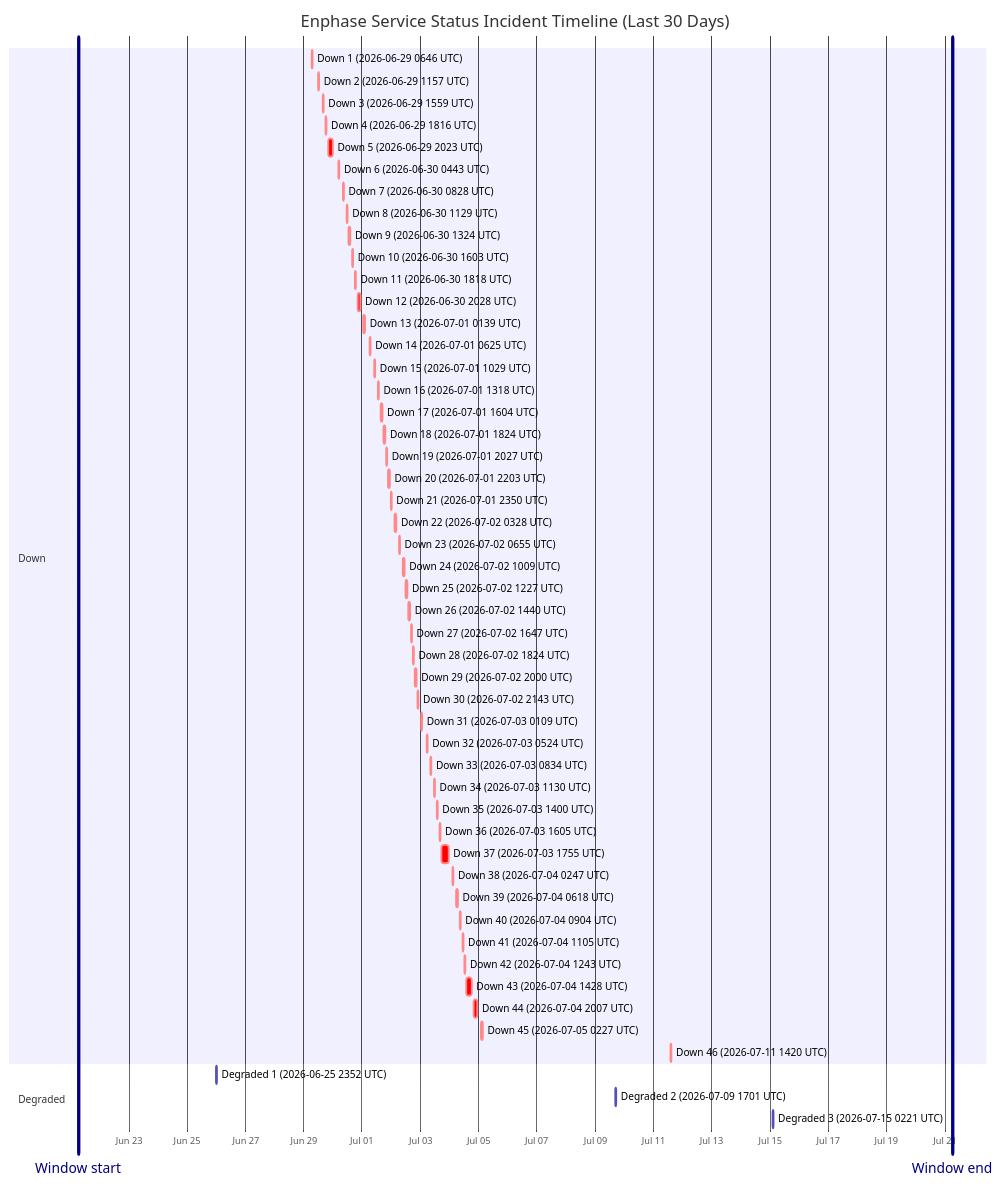
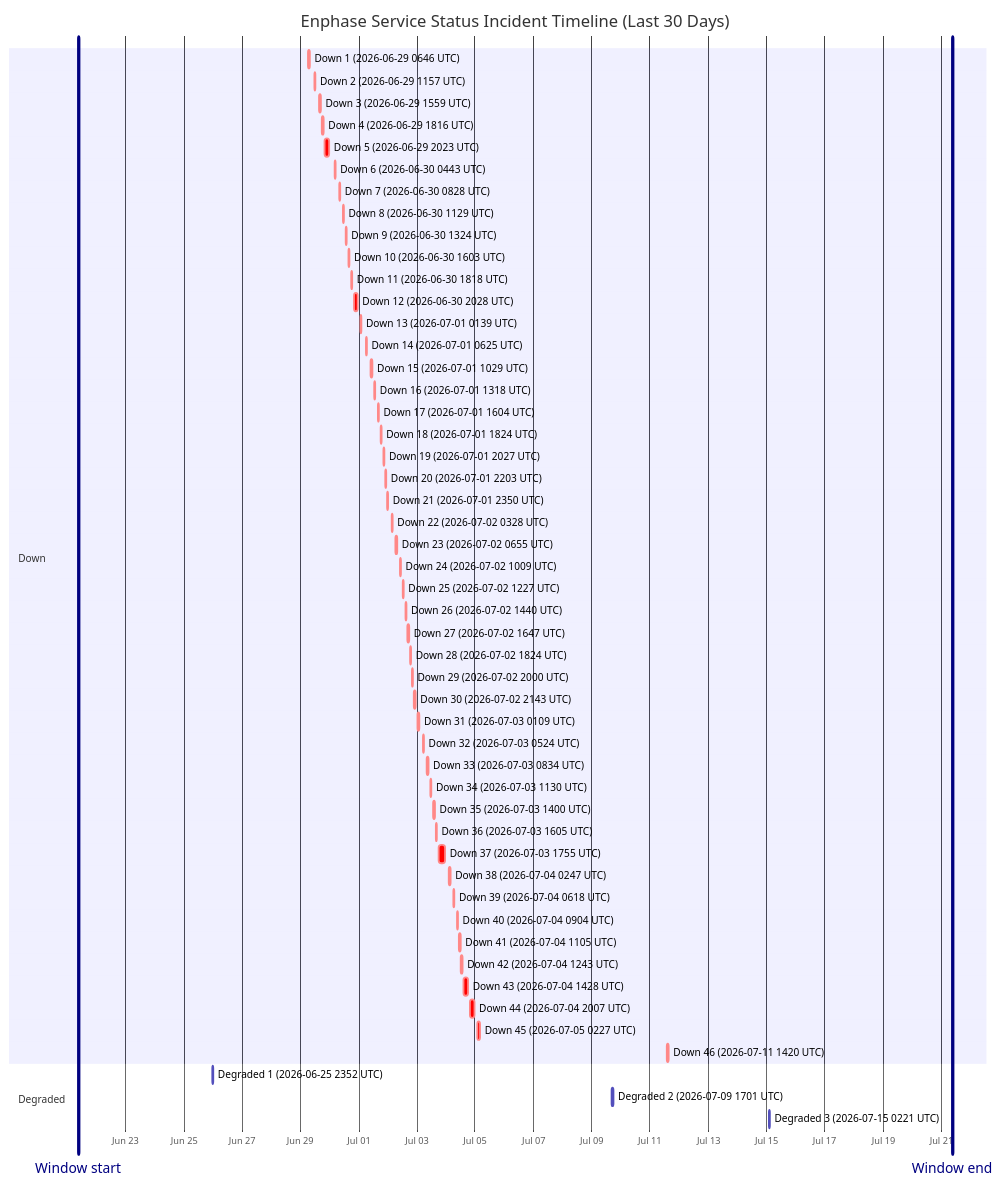
One commit to barneyonline/ha-enphase-energy changed the diagram in wiki/Service-Status-History.md. Above: the diagram before and after it, drawn with Mermaid. The commit also changed other lines of this file and 3 other files, not shown here.

````diff
--- a/wiki/Service-Status-History.md
+++ b/wiki/Service-Status-History.md
@@ -14,59 +14,59 @@
 ```mermaid
 gantt
     title Enphase Service Status Incident Timeline (Last 30 Days)
     dateFormat  YYYY-MM-DDTHH:mm:ss
     axisFormat  %b %d
-    Window start :vert, window-start, 2026-06-21T06:26:30, 0ms
-    Window end :vert, window-end, 2026-07-21T06:26:30, 0ms
+    Window start :vert, window-start, 2026-06-21T09:09:15, 0ms
+    Window end :vert, window-end, 2026-07-21T09:09:15, 0ms
     section Down
     Down 1 (2026-06-29 0646 UTC) :crit, down-1, 2026-06-29T06:46:18, 60m
     Down 2 (2026-06-29 1157 UTC) :crit, down-2, 2026-06-29T11:57:36, 60m
     Down 3 (2026-06-29 1559 UTC) :crit, down-3, 2026-06-29T15:59:02, 60m
     Down 4 (2026-06-29 1816 UTC) :crit, down-4, 2026-06-29T18:16:38, 60m
     Down 5 (2026-06-29 2023 UTC) :crit, down-5, 2026-06-29T20:23:16, 220m
     Down 6 (2026-06-30 0443 UTC) :crit, down-6, 2026-06-30T04:43:54, 60m
     Down 7 (2026-06-30 0828 UTC) :crit, down-7, 2026-06-30T08:28:43, 60m
     Down 8 (2026-06-30 1129 UTC) :crit, down-8, 2026-06-30T11:29:15, 60m
     Down 9 (2026-06-30 1324 UTC) :crit, down-9, 2026-06-30T13:24:25, 60m
     Down 10 (2026-06-30 1603 UTC) :crit, down-10, 2026-06-30T16:03:26, 60m
     Down 11 (2026-06-30 1818 UTC) :crit, down-11, 2026-06-30T18:18:39, 60m
     Down 12 (2026-06-30 2028 UTC) :crit, down-12, 2026-06-30T20:28:54, 171m
     Down 13 (2026-07-01 0139 UTC) :crit, down-13, 2026-07-01T01:39:18, 60m
     Down 14 (2026-07-01 0625 UTC) :crit, down-14, 2026-07-01T06:25:35, 60m
     Down 15 (2026-07-01 1029 UTC) :crit, down-15, 2026-07-01T10:29:24, 60m
     Down 16 (2026-07-01 1318 UTC) :crit, down-16, 2026-07-01T13:18:31, 60m
     Down 17 (2026-07-01 1604 UTC) :crit, down-17, 2026-07-01T16:04:29, 60m
     Down 18 (2026-07-01 1824 UTC) :crit, down-18, 2026-07-01T18:24:21, 60m
     Down 19 (2026-07-01 2027 UTC) :crit, down-19, 2026-07-01T20:27:17, 60m
     Down 20 (2026-07-01 2203 UTC) :crit, down-20, 2026-07-01T22:03:46, 60m
     Down 21 (2026-07-01 2350 UTC) :crit, down-21, 2026-07-01T23:50:52, 60m
     Down 22 (2026-07-02 0328 UTC) :crit, down-22, 2026-07-02T03:28:33, 60m
     Down 23 (2026-07-02 0655 UTC) :crit, down-23, 2026-07-02T06:55:07, 60m
     Down 24 (2026-07-02 1009 UTC) :crit, down-24, 2026-07-02T10:09:15, 60m
     Down 25 (2026-07-02 1227 UTC) :crit, down-25, 2026-07-02T12:27:49, 60m
     Down 26 (2026-07-02 1440 UTC) :crit, down-26, 2026-07-02T14:40:53, 60m
     Down 27 (2026-07-02 1647 UTC) :crit, down-27, 2026-07-02T16:47:47, 60m
     Down 28 (2026-07-02 1824 UTC) :crit, down-28, 2026-07-02T18:24:26, 60m
     Down 29 (2026-07-02 2000 UTC) :crit, down-29, 2026-07-02T20:00:57, 60m
     Down 30 (2026-07-02 2143 UTC) :crit, down-30, 2026-07-02T21:43:52, 80m
     Down 31 (2026-07-03 0109 UTC) :crit, down-31, 2026-07-03T01:09:19, 60m
     Down 32 (2026-07-03 0524 UTC) :crit, down-32, 2026-07-03T05:24:23, 60m
     Down 33 (2026-07-03 0834 UTC) :crit, down-33, 2026-07-03T08:34:05, 60m
     Down 34 (2026-07-03 1130 UTC) :crit, down-34, 2026-07-03T11:30:41, 60m
     Down 35 (2026-07-03 1400 UTC) :crit, down-35, 2026-07-03T14:00:48, 60m
     Down 36 (2026-07-03 1605 UTC) :crit, down-36, 2026-07-03T16:05:49, 60m
     Down 37 (2026-07-03 1755 UTC) :crit, down-37, 2026-07-03T17:55:54, 338m
     Down 38 (2026-07-04 0247 UTC) :crit, down-38, 2026-07-04T02:47:22, 60m
     Down 39 (2026-07-04 0618 UTC) :crit, down-39, 2026-07-04T06:18:09, 60m
     Down 40 (2026-07-04 0904 UTC) :crit, down-40, 2026-07-04T09:04:41, 60m
     Down 41 (2026-07-04 1105 UTC) :crit, down-41, 2026-07-04T11:05:21, 60m
     Down 42 (2026-07-04 1243 UTC) :crit, down-42, 2026-07-04T12:43:25, 60m
     Down 43 (2026-07-04 1428 UTC) :crit, down-43, 2026-07-04T14:28:07, 243m
     Down 44 (2026-07-04 2007 UTC) :crit, down-44, 2026-07-04T20:07:50, 206m
     Down 45 (2026-07-05 0227 UTC) :crit, down-45, 2026-07-05T02:27:32, 109m
     Down 46 (2026-07-11 1420 UTC) :crit, down-46, 2026-07-11T14:20:54, 69m
     section Degraded
     Degraded 1 (2026-06-25 2352 UTC) :active, degraded-1, 2026-06-25T23:52:01, 60m
     Degraded 2 (2026-07-09 1701 UTC) :active, degraded-2, 2026-07-09T17:01:02, 60m
     Degraded 3 (2026-07-15 0221 UTC) :active, degraded-3, 2026-07-15T02:21:35, 60m
 ```
````
